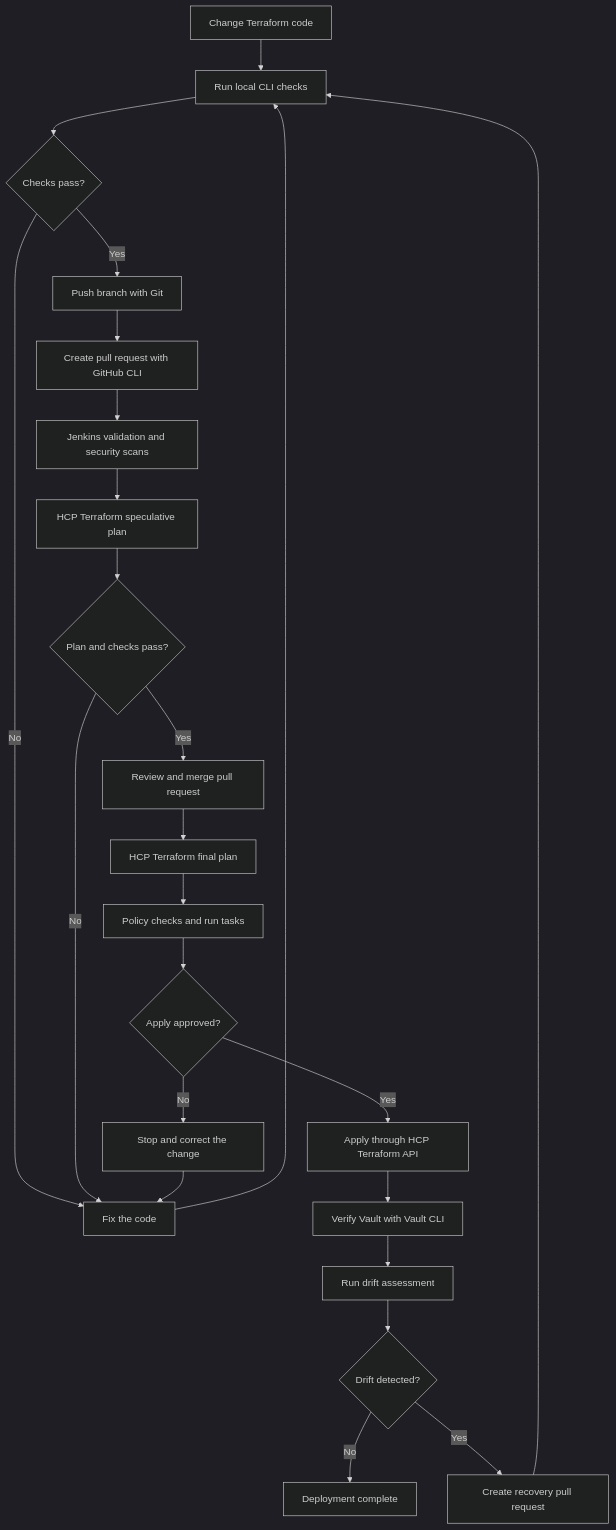
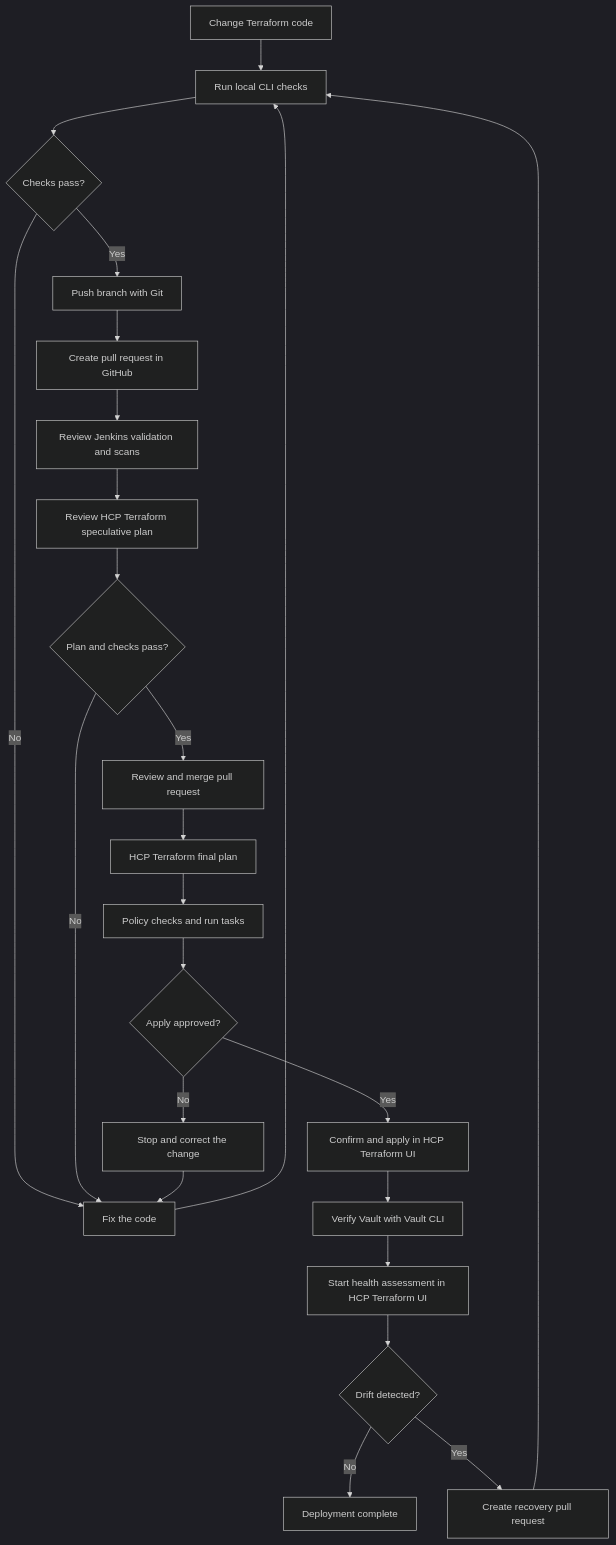
Before and after one commit to therayy/terraform-ntax: the first of 2 diagrams in workshop-3.md, drawn with Mermaid (dark theme). The commit also changed other lines of this file, not shown here.

````diff
--- a/workshop-3.md
+++ b/workshop-3.md
@@ -32,33 +34,33 @@
 ```mermaid
 flowchart TD
     A["Change Terraform code"] --> B["Run local CLI checks"]
     B --> C{"Checks pass?"}
 
     C -->|No| D["Fix the code"]
     D --> B
 
     C -->|Yes| E["Push branch with Git"]
-    E --> F["Create pull request with GitHub CLI"]
-    F --> G["Jenkins validation and security scans"]
-    G --> H["HCP Terraform speculative plan"]
+    E --> F["Create pull request in GitHub"]
+    F --> G["Review Jenkins validation and scans"]
+    G --> H["Review HCP Terraform speculative plan"]
 
     H --> I{"Plan and checks pass?"}
     I -->|No| D
     I -->|Yes| J["Review and merge pull request"]
 
     J --> K["HCP Terraform final plan"]
     K --> L["Policy checks and run tasks"]
     L --> M{"Apply approved?"}
 
     M -->|No| N["Stop and correct the change"]
     N --> D
 
-    M -->|Yes| O["Apply through HCP Terraform API"]
+    M -->|Yes| O["Confirm and apply in HCP Terraform UI"]
     O --> P["Verify Vault with Vault CLI"]
-    P --> Q["Run drift assessment"]
+    P --> Q["Start health assessment in HCP Terraform UI"]
     Q --> R{"Drift detected?"}
 
     R -->|No| S["Deployment complete"]
     R -->|Yes| T["Create recovery pull request"]
     T --> B
 ```
````
